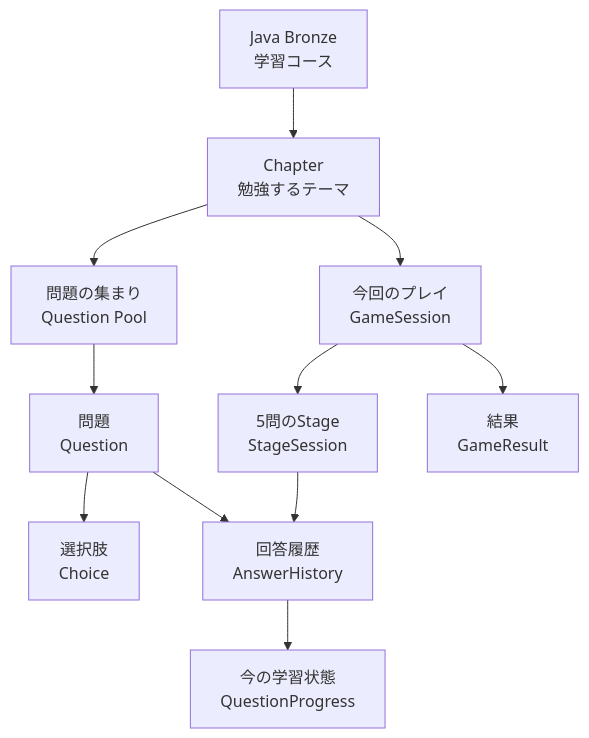
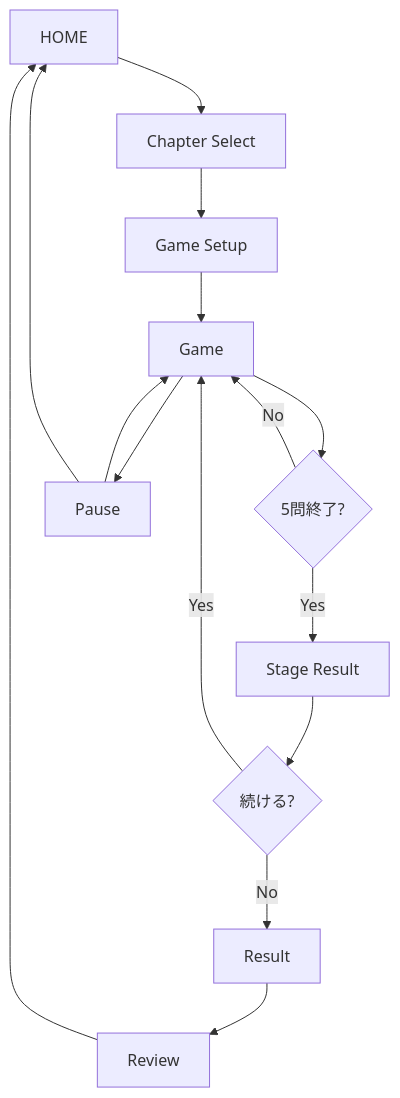
The second of 9 diagrams in README.md (suu-dev-0203/graduation_JAVAgame), drawn with Mermaid before and after one commit. The commit also changed other lines of this file, not shown here.

````diff
--- a/README.md
+++ b/README.md
@@ -1349,36 +537,17 @@
 ```mermaid
 flowchart TD
-    A[Java Bronze
-学習コース]
-    B[Chapter
-勉強するテーマ]
-    C[問題の集まり
-Question Pool]
-    D[問題
-Question]
-    E[選択肢
-Choice]
-
-    F[今回のプレイ
-GameSession]
-    G[5問のStage
-StageSession]
-    H[回答履歴
-AnswerHistory]
-    I[今の学習状態
-QuestionProgress]
-    J[結果
-GameResult]
-
-    A --> B
-    B --> C
-    C --> D
-    D --> E
-
-    B --> F
-    F --> G
-    G --> H
-    D --> H
-    H --> I
-    F --> J
+    A[HOME] --> B[Chapter Select]
+    B --> C[Game Setup]
+    C --> D[Game]
+    D --> E{5問終了?}
+    E -- No --> D
+    E -- Yes --> F[Stage Result]
+    F --> G{続ける?}
+    G -- Yes --> D
+    G -- No --> H[Result]
+    H --> I[Review]
+    I --> A
+    D --> J[Pause]
+    J --> D
+    J --> A
 ```
````
